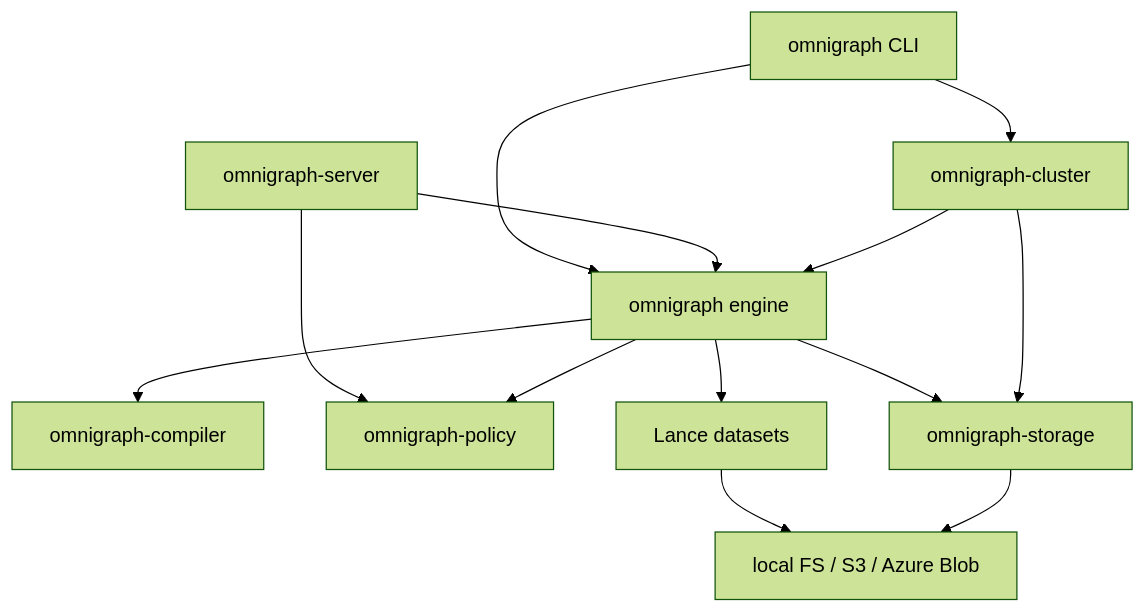
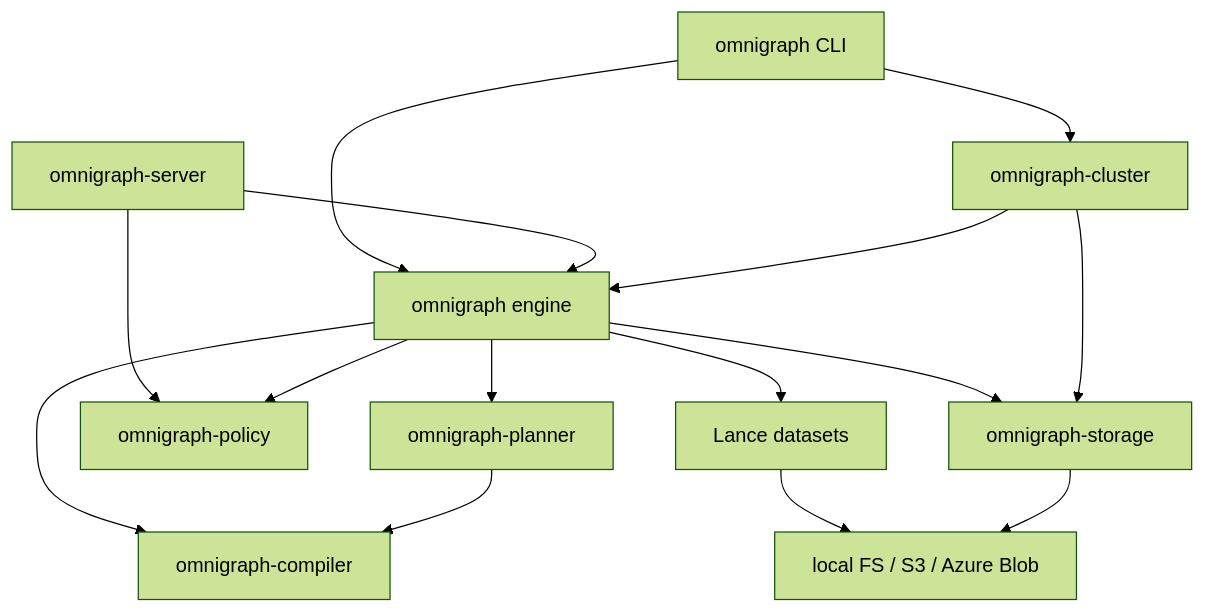
One commit to ModernRelay/omnigraph changed the diagram in docs/dev/architecture.md. Above: the diagram before and after it, drawn with Mermaid (forest theme). The commit also changed other lines of this file and 249 other files, not shown here.

````diff
--- a/docs/dev/architecture.md
+++ b/docs/dev/architecture.md
@@ -15,25 +15,28 @@
 ```mermaid
 flowchart TB
     CLI[omnigraph CLI]
     HTTP[omnigraph-server]
     CLUSTER[omnigraph-cluster]
     COMPILER[omnigraph-compiler]
+    PLANNER[omnigraph-planner]
     ENGINE[omnigraph engine]
     POLICY[omnigraph-policy]
     STORAGE[omnigraph-storage]
     LANCE[Lance datasets]
     OBJECTS[local FS / S3 / Azure Blob]
 
     CLI --> CLUSTER
     CLI --> ENGINE
     HTTP --> ENGINE
     HTTP --> POLICY
     CLUSTER --> ENGINE
     ENGINE --> COMPILER
+    ENGINE --> PLANNER
+    PLANNER --> COMPILER
     ENGINE --> POLICY
     ENGINE --> STORAGE
     ENGINE --> LANCE
     CLUSTER --> STORAGE
     LANCE --> OBJECTS
     STORAGE --> OBJECTS
 ```
````
